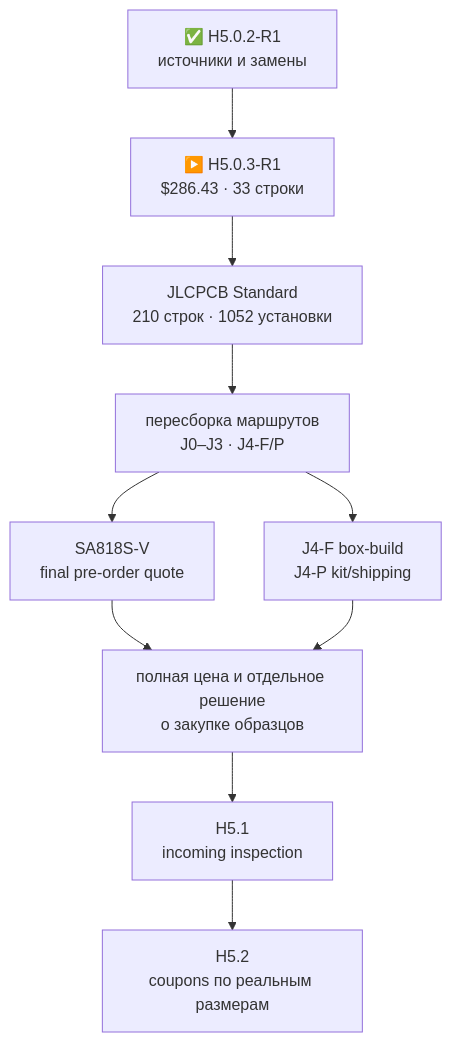
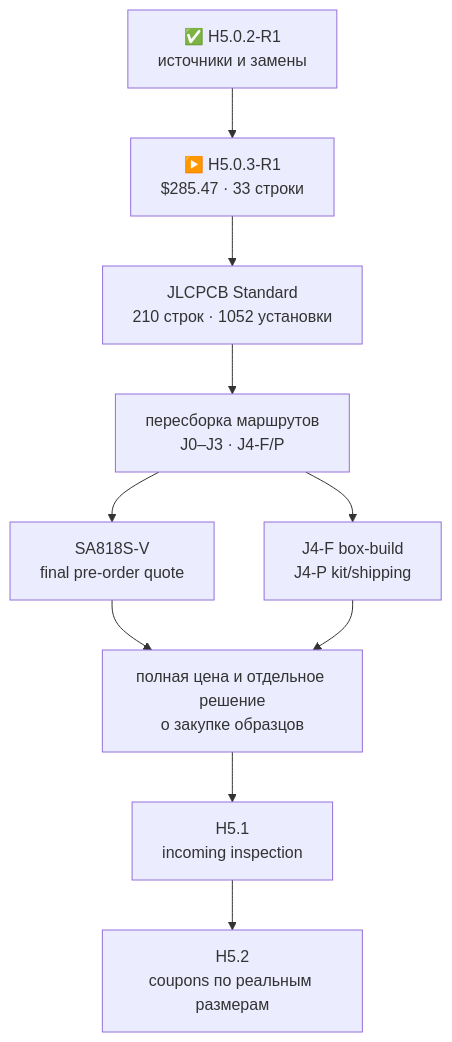
The diagram in docs/component-sample-basket.ru.md (anton-vinogradov/esp32-leshy2), drawn with Mermaid before and after one commit. The commit also changed other lines of this file and 164 other files, not shown here.

````diff
--- a/docs/component-sample-basket.ru.md
+++ b/docs/component-sample-basket.ru.md
@@ -7,12 +7,12 @@
 ```mermaid
 flowchart TD
-  R["✅ H5.0.2-R1<br/>источники и замены"] --> B["▶️ H5.0.3-R1<br/>$286.43 · 33 строки"]
+  R["✅ H5.0.2-R1<br/>источники и замены"] --> B["▶️ H5.0.3-R1<br/>$285.47 · 33 строки"]
   B --> P["JLCPCB Standard<br/>210 строк · 1052 установки"]
   P --> Q["пересборка маршрутов<br/>J0–J3 · J4-F/P"]
   Q --> S["SA818S-V<br/>final pre-order quote"]
   Q --> X["J4-F box-build<br/>J4-P kit/shipping"]
   S --> A["полная цена и отдельное решение<br/>о закупке образцов"]
   X --> A
   A --> H51["H5.1<br/>incoming inspection"]
   H51 --> H52["H5.2<br/>coupons по реальным размерам"]
 ```
````
